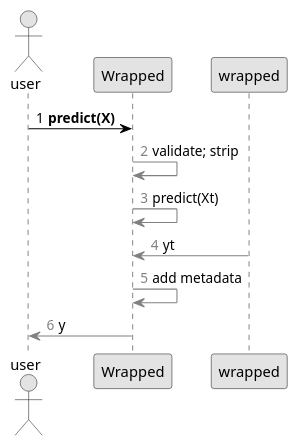
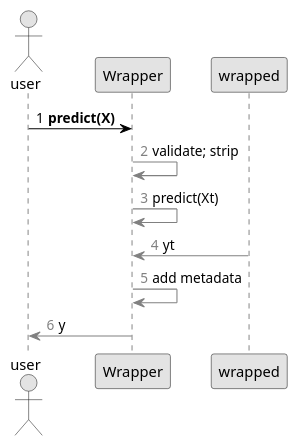
One commit to atavory/atavory.github.io changed the diagram in ibex_pres/wrapper_wrapped_delegation_seq_one.plantuml. Above: the diagram before and after it, drawn with PlantUML. The commit also changed 19 other files, not shown here.

```diff
--- a/ibex_pres/wrapper_wrapped_delegation_seq_one.plantuml
+++ b/ibex_pres/wrapper_wrapped_delegation_seq_one.plantuml
@@ -1,21 +1,21 @@
 @startuml
 
 skinparam monochrome true
 skinparam shadowing false
 
 actor user
 
-participant Wrapped
+participant Wrapper
 
 participant wrapped
 
 autonumber 1 "<font color=black>"
-user -[#black]> Wrapped : **predict(X)**
+user -[#black]> Wrapper : **predict(X)**
 autonumber 2 "<font color=grey>"
-Wrapped -[#grey]> Wrapped : validate; strip
-Wrapped -[#grey]> Wrapped : predict(Xt)
-wrapped -[#grey]> Wrapped : yt
-Wrapped -[#grey]> Wrapped : add metadata
-Wrapped -[#grey]> user : y
+Wrapper -[#grey]> Wrapper : validate; strip
+Wrapper -[#grey]> Wrapper : predict(Xt)
+wrapped -[#grey]> Wrapper : yt
+Wrapper -[#grey]> Wrapper : add metadata
+Wrapper -[#grey]> user : y
 
 @enduml
```
